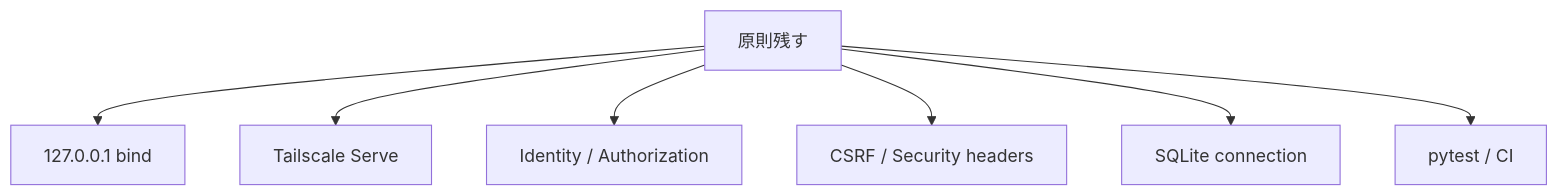
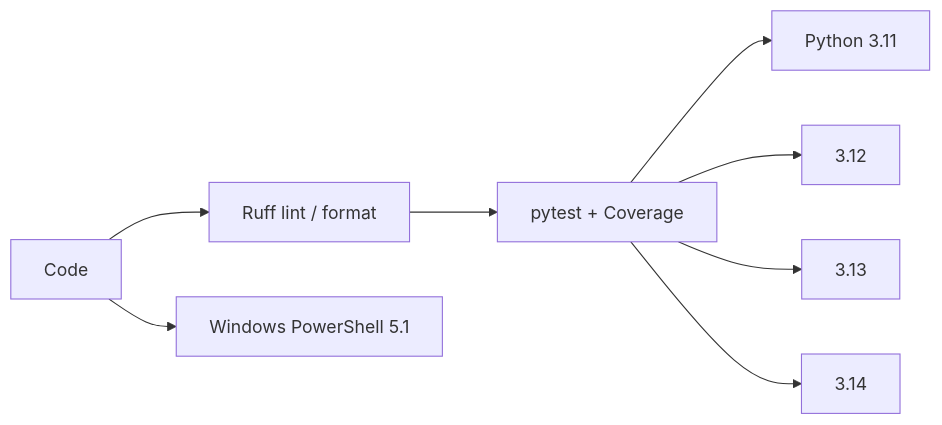
The seventh of 8 diagrams in docs/ARCHITECTURE.md (k-systems202208/python-sqlite-tailscale-webapp-template), drawn with Mermaid before and after one commit. The commit also changed other lines of this file and 42 other files, not shown here.

````diff
--- a/docs/ARCHITECTURE.md
+++ b/docs/ARCHITECTURE.md
@@ -132,9 +155,10 @@
 ```mermaid
-flowchart TD
-    K["原則残す"] --> K1["127.0.0.1 bind"]
-    K --> K2["Tailscale Serve"]
-    K --> K3["Identity / Authorization"]
-    K --> K4["CSRF / Security headers"]
-    K --> K5["SQLite connection"]
-    K --> K6["pytest / CI"]
+flowchart LR
+    C["Code"] --> R["Ruff lint / format"]
+    R --> T["pytest + Coverage"]
+    T --> P11["Python 3.11"]
+    T --> P12["3.12"]
+    T --> P13["3.13"]
+    T --> P14["3.14"]
+    C --> W["Windows PowerShell 5.1"]
 ```
````
